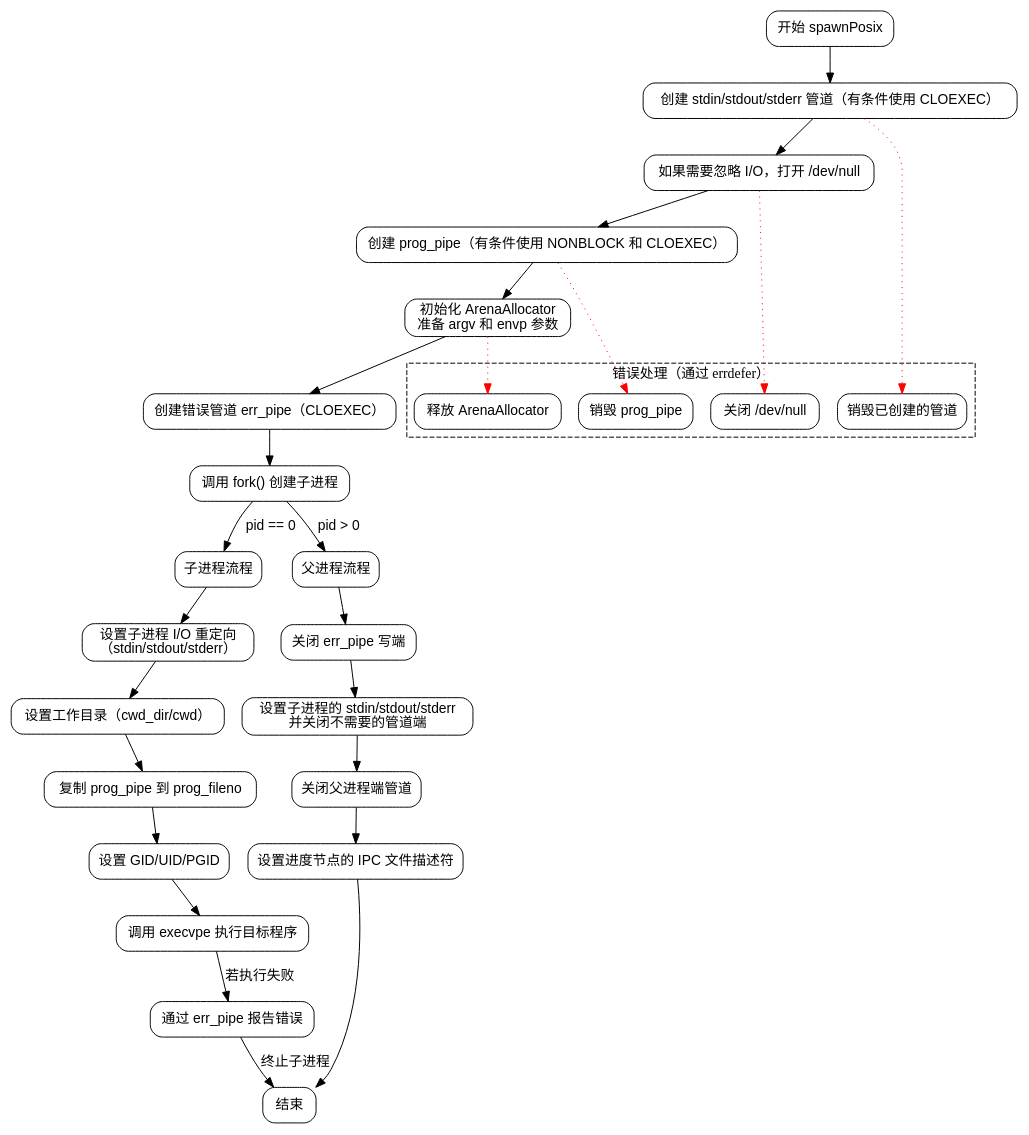
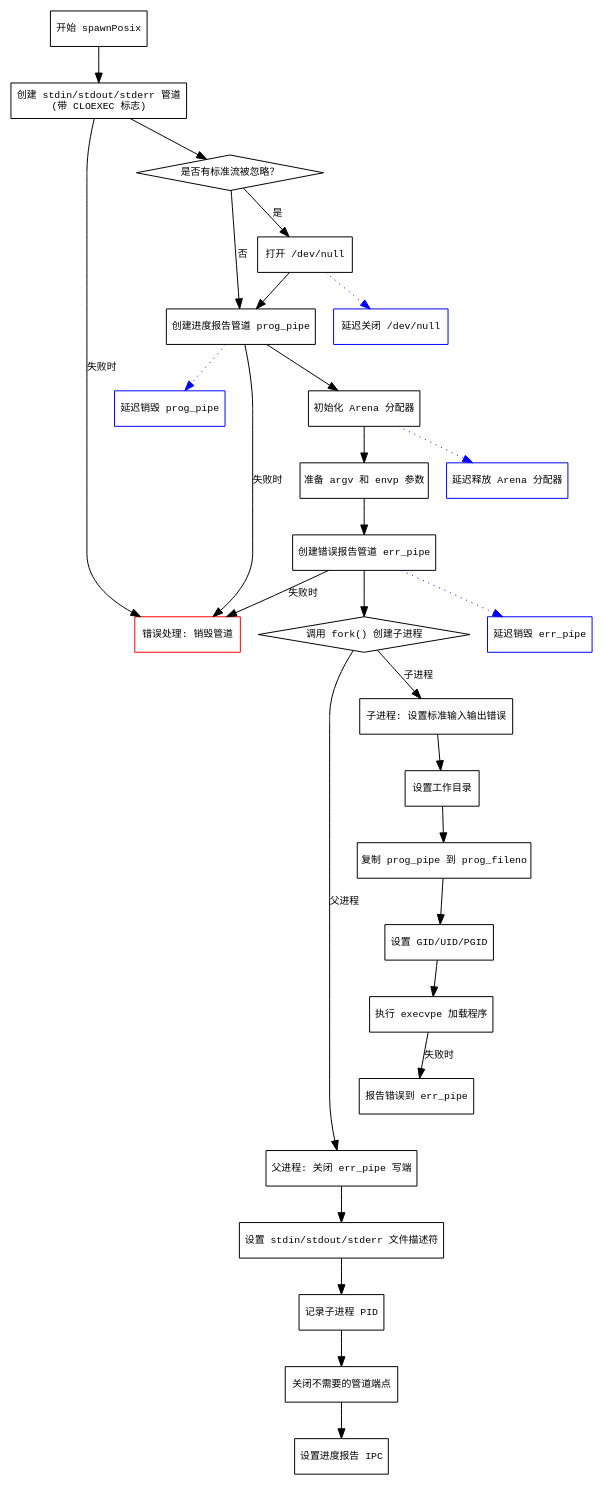
One commit to sdzx-1/deepseek-zig-reader changed the diagram in dot_std/process/Child.zig.spawnPosix.md. Above: the diagram before and after it, drawn with Graphviz. The commit also changed other lines of this file and 236 other files, not shown here.

````diff
--- a/dot_std/process/Child.zig.spawnPosix.md
+++ b/dot_std/process/Child.zig.spawnPosix.md
@@ -45,70 +29,75 @@
-```dot
-digraph flowchart {
-    node [shape=rectangle, style="rounded", fontname="Helvetica"];
-    edge [fontname="Helvetica"];
+```graphviz
+digraph spawnPosix {
+    node [shape=rectangle, fontname="Courier", fontsize=10];
+    edge [fontname="Courier", fontsize=10];
 
     start [label="开始 spawnPosix"];
-    create_pipes [label="创建 stdin/stdout/stderr 管道（有条件使用 CLOEXEC）"];
-    handle_dev_null [label="如果需要忽略 I/O，打开 /dev/null"];
-    create_prog_pipe [label="创建 prog_pipe（有条件使用 NONBLOCK 和 CLOEXEC）"];
-    prepare_argv_env [label="初始化 ArenaAllocator\n准备 argv 和 envp 参数"];
-    create_err_pipe [label="创建错误管道 err_pipe（CLOEXEC）"];
-    fork_process [label="调用 fork() 创建子进程"];
-    child_process [label="子进程流程"];
-    parent_process [label="父进程流程"];
-    end [label="结束"];
+    create_pipes [label="创建 stdin/stdout/stderr 管道\n(带 CLOEXEC 标志)"];
+    check_ignore [label="是否有标准流被忽略？", shape=diamond];
+    open_dev_null [label="打开 /dev/null"];
+    create_prog_pipe [label="创建进度报告管道 prog_pipe"];
+    arena_alloc [label="初始化 Arena 分配器"];
+    prepare_argv_env [label="准备 argv 和 envp 参数"];
+    create_err_pipe [label="创建错误报告管道 err_pipe"];
+    fork_process [label="调用 fork() 创建子进程", shape=diamond];
+
+    // 子进程分支
+    child_setup_io [label="子进程: 设置标准输入输出错误"];
+    child_set_cwd [label="设置工作目录"];
+    child_dup_prog_pipe [label="复制 prog_pipe 到 prog_fileno"];
+    child_set_ids [label="设置 GID/UID/PGID"];
+    child_exec [label="执行 execvpe 加载程序"];
+    child_error [label="报告错误到 err_pipe"];
+
+    // 父进程分支
+    parent_close_err_write [label="父进程: 关闭 err_pipe 写端"];
+    parent_set_fds [label="设置 stdin/stdout/stderr 文件描述符"];
+    parent_record_pid [label="记录子进程 PID"];
+    parent_close_pipe_ends [label="关闭不需要的管道端点"];
+    parent_set_progress [label="设置进度报告 IPC"];
+
+    // 错误处理节点
+    err_pipes [label="错误处理: 销毁管道", color=red];
+    defer_close_dev_null [label="延迟关闭 /dev/null", color=blue];
+    defer_destroy_prog_pipe [label="延迟销毁 prog_pipe", color=blue];
+    defer_arena_deinit [label="延迟释放 Arena 分配器", color=blue];
+    defer_err_pipe [label="延迟销毁 err_pipe", color=blue];
 
     start -> create_pipes;
-    create_pipes -> handle_dev_null;
-    handle_dev_null -> create_prog_pipe;
-    create_prog_pipe -> prepare_argv_env;
+    create_pipes -> check_ignore;
+    
+    check_ignore -> open_dev_null [label="是"];
+    check_ignore -> create_prog_pipe [label="否"];
+    open_dev_null -> create_prog_pipe;
+    
+    create_prog_pipe -> arena_alloc;
+    arena_alloc -> prepare_argv_env;
     prepare_argv_env -> create_err_pipe;
     create_err_pipe -> fork_process;
 
-    fork_process -> child_process [label="pid == 0"];
-    fork_process -> parent_process [label="pid > 0"];
+    // 子进程分支
+    fork_process -> child_setup_io [label="子进程"];
+    child_setup_io -> child_set_cwd;
+    child_set_cwd -> child_dup_prog_pipe;
+    child_dup_prog_pipe -> child_set_ids;
+    child_set_ids -> child_exec;
+    child_exec -> child_error [label="失败时"];
+    child_error -> parent_close_err_write [style=invis]; // 保持布局连贯
 
-    // 子进程详细步骤
-    child_setup_io [label="设置子进程 I/O 重定向\n（stdin/stdout/stderr）"];
-    child_chdir [label="设置工作目录（cwd_dir/cwd）"];
-    child_dup_prog [label="复制 prog_pipe 到 prog_fileno"];
-    child_set_ids [label="设置 GID/UID/PGID"];
-    child_exec [label="调用 execvpe 执行目标程序"];
-    child_error [label="通过 err_pipe 报告错误"];
+    // 父进程分支
+    fork_process -> parent_close_err_write [label="父进程"];
+    parent_close_err_write -> parent_set_fds;
+    parent_set_fds -> parent_record_pid;
+    parent_record_pid -> parent_close_pipe_ends;
+    parent_close_pipe_ends -> parent_set_progress;
 
-    child_process -> child_setup_io;
-    child_setup_io -> child_chdir;
-    child_chdir -> child_dup_prog;
-    child_dup_prog -> child_set_ids;
-    child_set_ids -> child_exec;
-    child_exec -> child_error [label="若执行失败"];
-    child_error -> end [label="终止子进程"];
-
-    // 父进程详细步骤
-    parent_close_err_write [label="关闭 err_pipe 写端"];
-    parent_set_pipes [label="设置子进程的 stdin/stdout/stderr\n并关闭不需要的管道端"];
-    parent_set_progress [label="设置进度节点的 IPC 文件描述符"];
-    parent_close_pipes [label="关闭父进程端管道"];
-
-    parent_process -> parent_close_err_write;
-    parent_close_err_write -> parent_set_pipes;
-    parent_set_pipes -> parent_close_pipes;
-    parent_close_pipes -> parent_set_progress;
-    parent_set_progress -> end;
-
-    // 错误处理通用流程
-    subgraph cluster_error_handling {
-        label="错误处理（通过 errdefer）";
-        style="dashed";
-        errdefer_pipes [label="销毁已创建的管道"];
-        errdefer_devnull [label="关闭 /dev/null"];
-        errdefer_progpipe [label="销毁 prog_pipe"];
-        errdefer_alloc [label="释放 ArenaAllocator"];
-    }
-
-    create_pipes -> errdefer_pipes [style="dotted", color="red"];
-    handle_dev_null -> errdefer_devnull [style="dotted", color="red"];
-    create_prog_pipe -> errdefer_progpipe [style="dotted", color="red"];
-    prepare_argv_env -> errdefer_alloc [style="dotted", color="red"];
+    // 错误处理连接
+    create_pipes -> err_pipes [label="失败时"];
+    create_prog_pipe -> err_pipes [label="失败时"];
+    create_err_pipe -> err_pipes [label="失败时"];
+    open_dev_null -> defer_close_dev_null [style=dotted, color=blue];
+    create_prog_pipe -> defer_destroy_prog_pipe [style=dotted, color=blue];
+    arena_alloc -> defer_arena_deinit [style=dotted, color=blue];
+    create_err_pipe -> defer_err_pipe [style=dotted, color=blue];
 }
 ```
````
